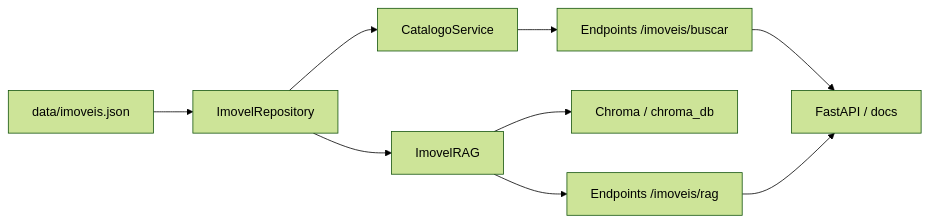
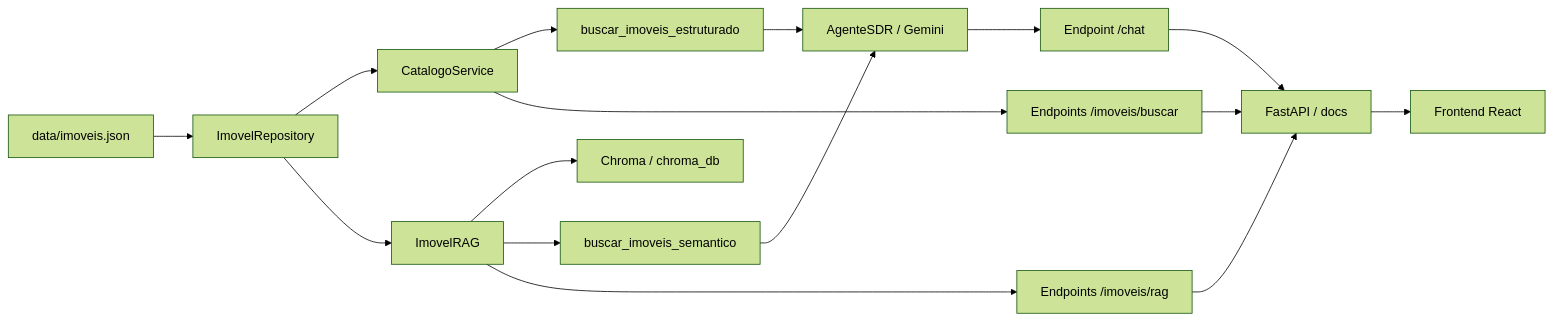
One commit to drielDev/sdr-imobiliario-ai changed the diagram in README.md. Above: the diagram before and after it, drawn with Mermaid (forest theme). The commit also changed other lines of this file, not shown here.

Commit message:
Documenta agente de chat (Bia/Gemini) no README

````diff
--- a/README.md
+++ b/README.md
@@ -9,11 +9,18 @@
 ```mermaid
 flowchart LR
     A[data/imoveis.json] --> B[ImovelRepository]
     B --> C[CatalogoService]
     B --> D[ImovelRAG]
     D --> E[Chroma / chroma_db]
+    C --> T1[buscar_imoveis_estruturado]
+    D --> T2[buscar_imoveis_semantico]
+    T1 --> AG[AgenteSDR / Gemini]
+    T2 --> AG
+    AG --> CH[Endpoint /chat]
     D --> F[Endpoints /imoveis/rag]
     C --> G[Endpoints /imoveis/buscar]
     G --> H[FastAPI / docs]
     F --> H
+    CH --> H
+    H --> FE[Frontend React]
 ```
````
